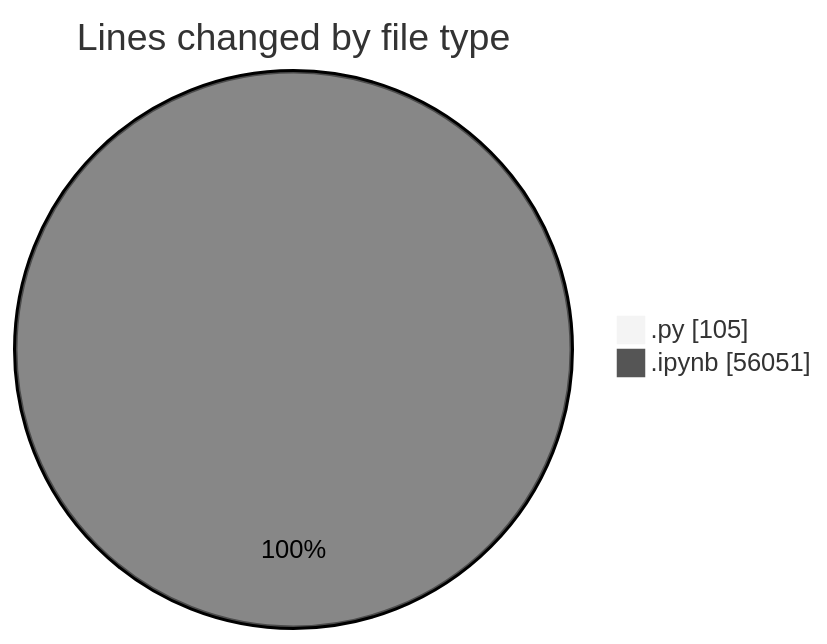
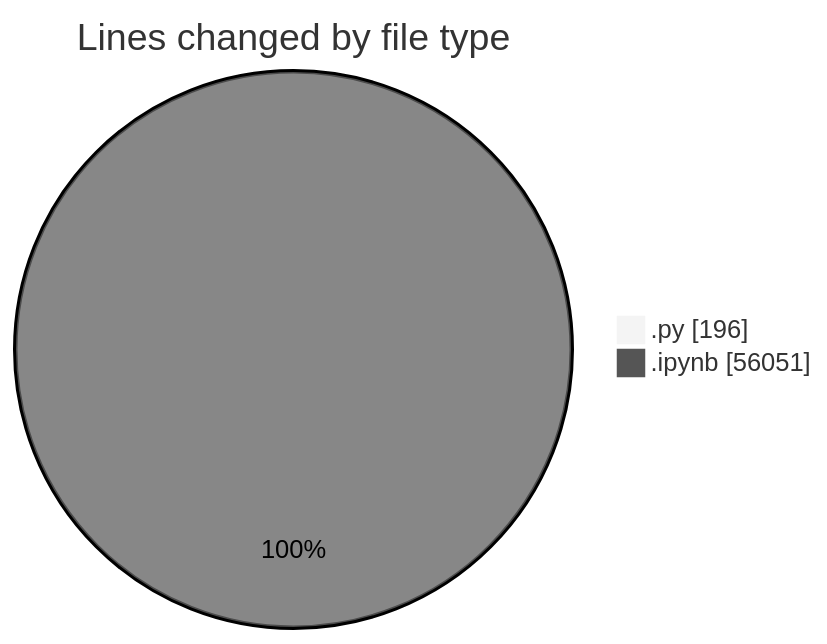
The first of 2 diagrams in 2025-10-07/untitled__workspace_/README.md (MatusMokan/code-tracking), drawn with Mermaid (neutral theme) before and after one commit. The commit also changed other lines of this file and 1 other file, not shown here.

````diff
--- a/2025-10-07/untitled__workspace_/README.md
+++ b/2025-10-07/untitled__workspace_/README.md
@@ -21,6 +21,6 @@
 ```mermaid
 pie showData
 title Lines changed by file type
-".py" : 105
+".py" : 196
 ".ipynb" : 56051
 ```
````
